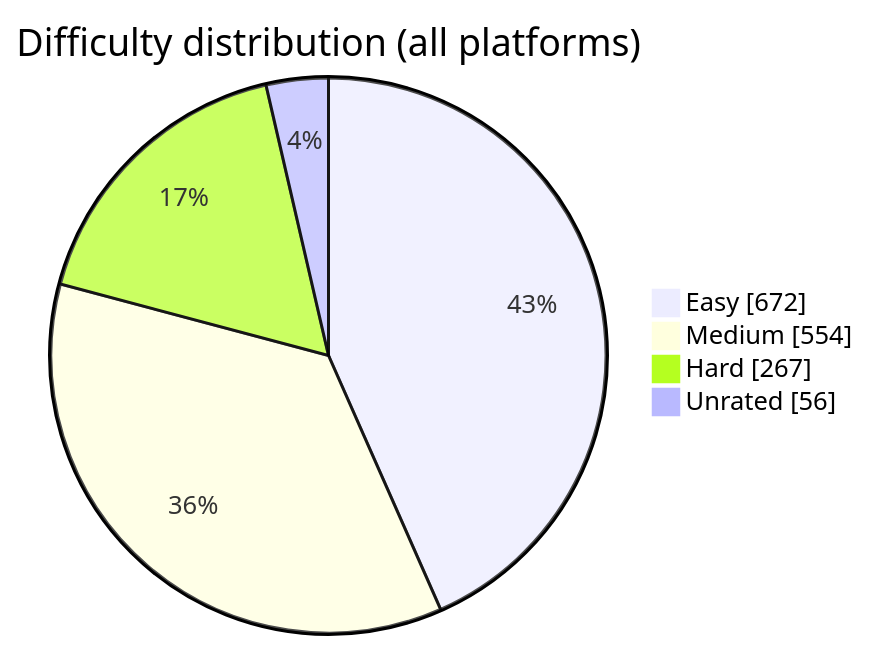
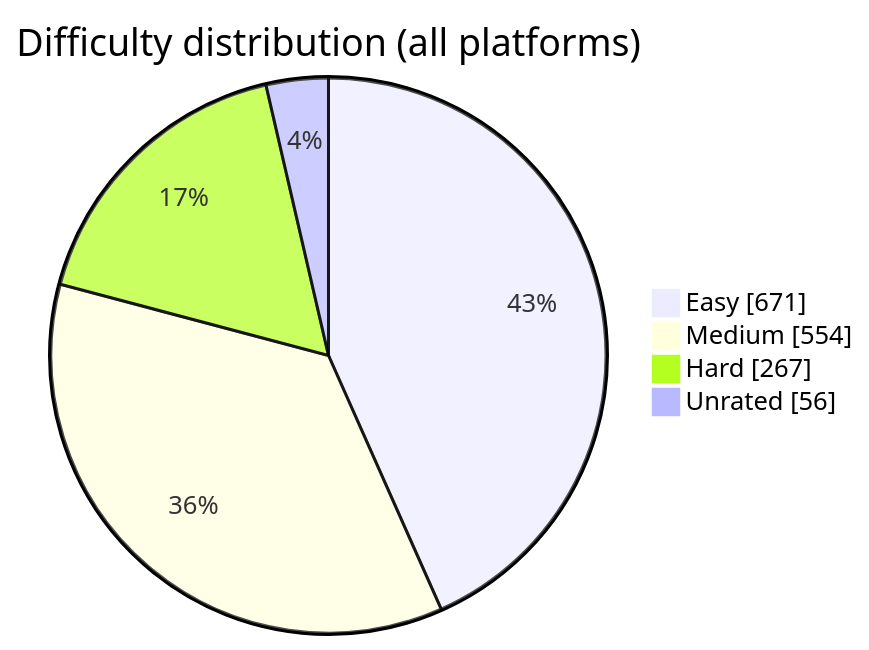
One commit to BuildbyArindam/Daily-Coding-Log changed the diagram in README.md. Above: the diagram before and after it, drawn with Mermaid. The commit also changed other lines of this file, not shown here.

````diff
--- a/README.md
+++ b/README.md
@@ -93,7 +93,7 @@
 ```mermaid
 pie showData title Difficulty distribution (all platforms)
-    "Easy" : 672
+    "Easy" : 671
     "Medium" : 554
     "Hard" : 267
     "Unrated" : 56
 ```
````
